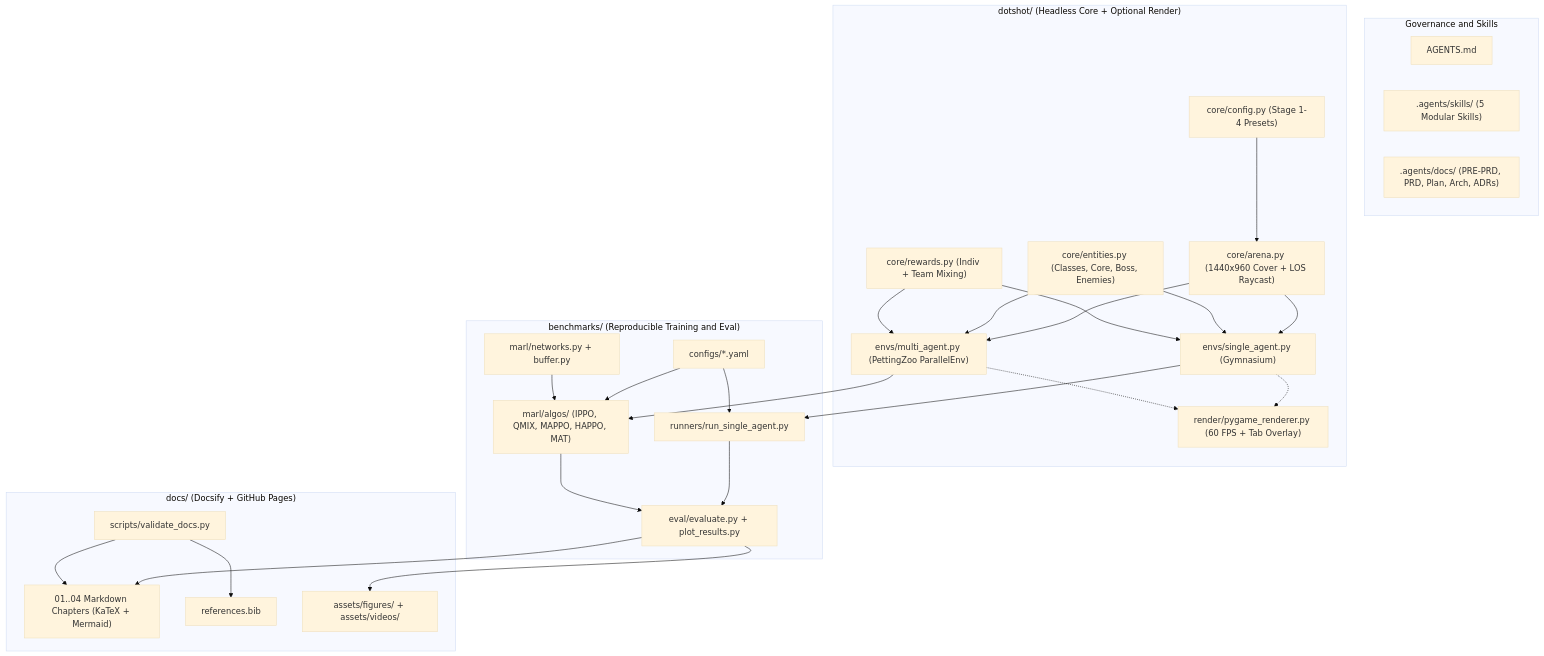
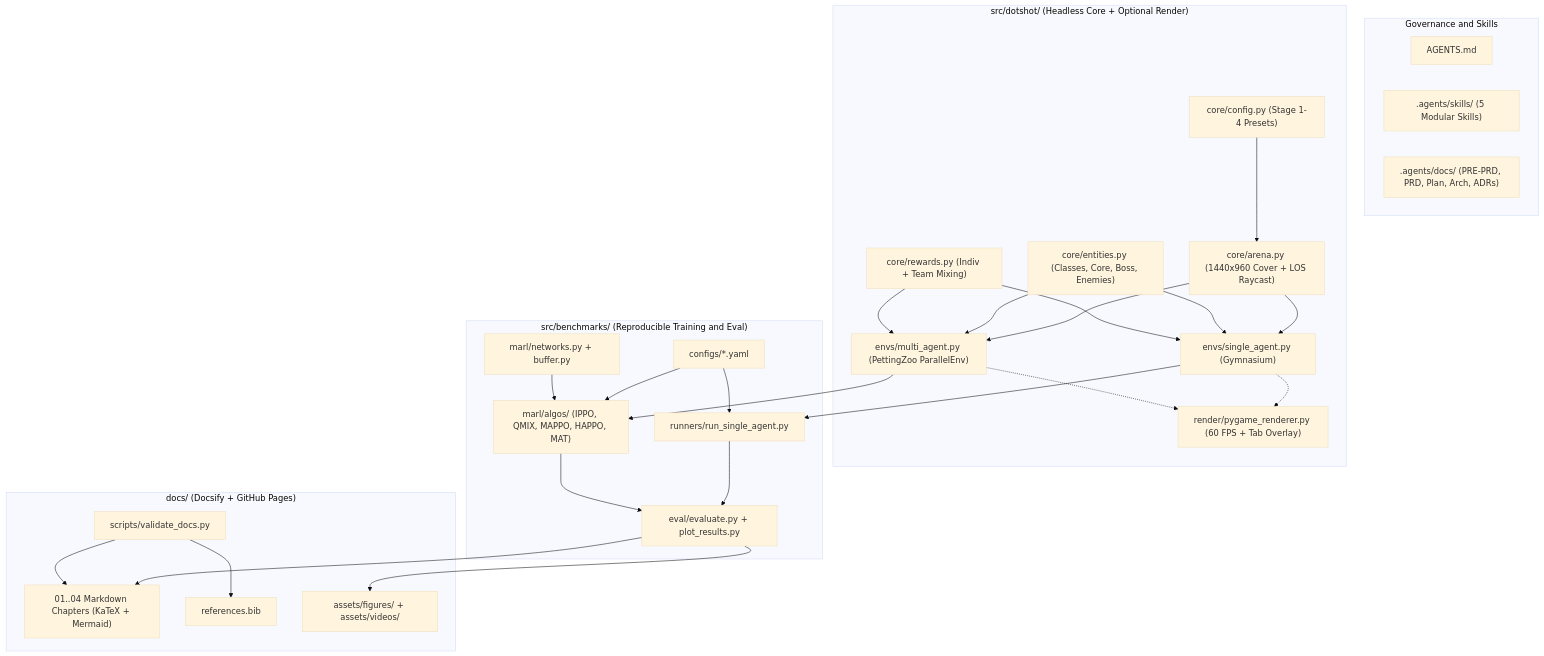
One commit to antof27/DotShot changed the first of 2 diagrams in .agents/docs/ARCHITECTURE.md. Above: the diagram before and after it, drawn with Mermaid (base theme). The commit also changed other lines of this file and 90 other files, not shown here.

````diff
--- a/.agents/docs/ARCHITECTURE.md
+++ b/.agents/docs/ARCHITECTURE.md
@@ -13,54 +13,54 @@
 ```mermaid
 flowchart TD
     subgraph Governance ["Governance and Skills"]
         AgentsMD["AGENTS.md"]
         Skills[".agents/skills/ (5 Modular Skills)"]
         AgentDocs[".agents/docs/ (PRE-PRD, PRD, Plan, Arch, ADRs)"]
     end
 
-    subgraph Simulator ["dotshot/ (Headless Core + Optional Render)"]
+    subgraph Simulator ["src/dotshot/ (Headless Core + Optional Render)"]
         Config["core/config.py (Stage 1-4 Presets)"]
         Arena["core/arena.py (1440x960 Cover + LOS Raycast)"]
         Entities["core/entities.py (Classes, Core, Boss, Enemies)"]
         Rewards["core/rewards.py (Indiv + Team Mixing)"]
         SingleEnv["envs/single_agent.py (Gymnasium)"]
         MultiEnv["envs/multi_agent.py (PettingZoo ParallelEnv)"]
         Renderer["render/pygame_renderer.py (60 FPS + Tab Overlay)"]
         Config --> Arena
         Arena --> SingleEnv
         Arena --> MultiEnv
         Entities --> SingleEnv
         Entities --> MultiEnv
         Rewards --> SingleEnv
         Rewards --> MultiEnv
         SingleEnv -.-> Renderer
         MultiEnv -.-> Renderer
     end
 
-    subgraph Benchmarks ["benchmarks/ (Reproducible Training and Eval)"]
+    subgraph Benchmarks ["src/benchmarks/ (Reproducible Training and Eval)"]
         YAML["configs/*.yaml"]
         SARunner["runners/run_single_agent.py"]
         MARLNet["marl/networks.py + buffer.py"]
         MARLAlgo["marl/algos/ (IPPO, QMIX, MAPPO, HAPPO, MAT)"]
         Eval["eval/evaluate.py + plot_results.py"]
         YAML --> SARunner
         YAML --> MARLAlgo
         MARLNet --> MARLAlgo
         SARunner --> Eval
         MARLAlgo --> Eval
     end
 
     subgraph Handbook ["docs/ (Docsify + GitHub Pages)"]
         Chapters["01..04 Markdown Chapters (KaTeX + Mermaid)"]
         Bib["references.bib"]
         Assets["assets/figures/ + assets/videos/"]
         Validator["scripts/validate_docs.py"]
         Eval --> Assets
         Eval --> Chapters
         Validator --> Chapters
         Validator --> Bib
     end
 
     SingleEnv --> SARunner
     MultiEnv --> MARLAlgo
 ```
````
